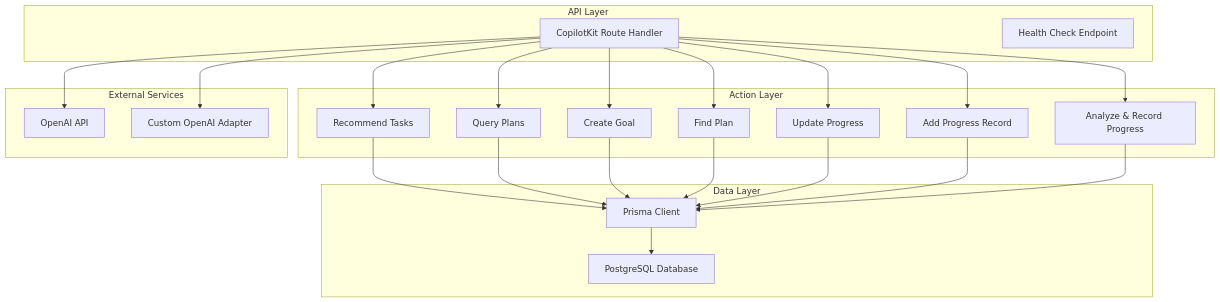
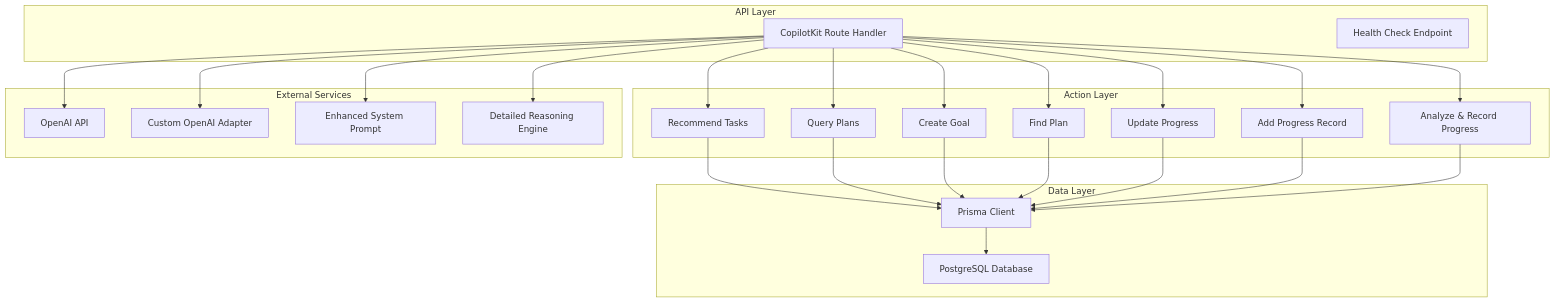
The first of 10 diagrams in .qoder/repowiki/en/content/API Reference/Copilot Integration Endpoints.md (peixuanhu/goal-mate), drawn with Mermaid before and after one commit. The commit also changed other lines of this file and 10 other files, not shown here.

````diff
--- a/.qoder/repowiki/en/content/API Reference/Copilot Integration Endpoints.md
+++ b/.qoder/repowiki/en/content/API Reference/Copilot Integration Endpoints.md
@@ -42,41 +53,45 @@
 ```mermaid
 graph TB
 subgraph "API Layer"
 A[CopilotKit Route Handler]
 B[Health Check Endpoint]
 end
 subgraph "Action Layer"
 C[Recommend Tasks]
 D[Query Plans]
 E[Create Goal]
 F[Find Plan]
 G[Update Progress]
 H[Add Progress Record]
 I[Analyze & Record Progress]
 end
 subgraph "Data Layer"
 J[Prisma Client]
 K[PostgreSQL Database]
 end
 subgraph "External Services"
 L[OpenAI API]
 M[Custom OpenAI Adapter]
+N[Enhanced System Prompt]
+O[Detailed Reasoning Engine]
 end
 A --> C
 A --> D
 A --> E
 A --> F
 A --> G
 A --> H
 A --> I
 C --> J
 D --> J
 E --> J
 F --> J
 G --> J
 H --> J
 I --> J
 J --> K
 A --> L
 A --> M
+A --> N
+A --> O
 ```
````
